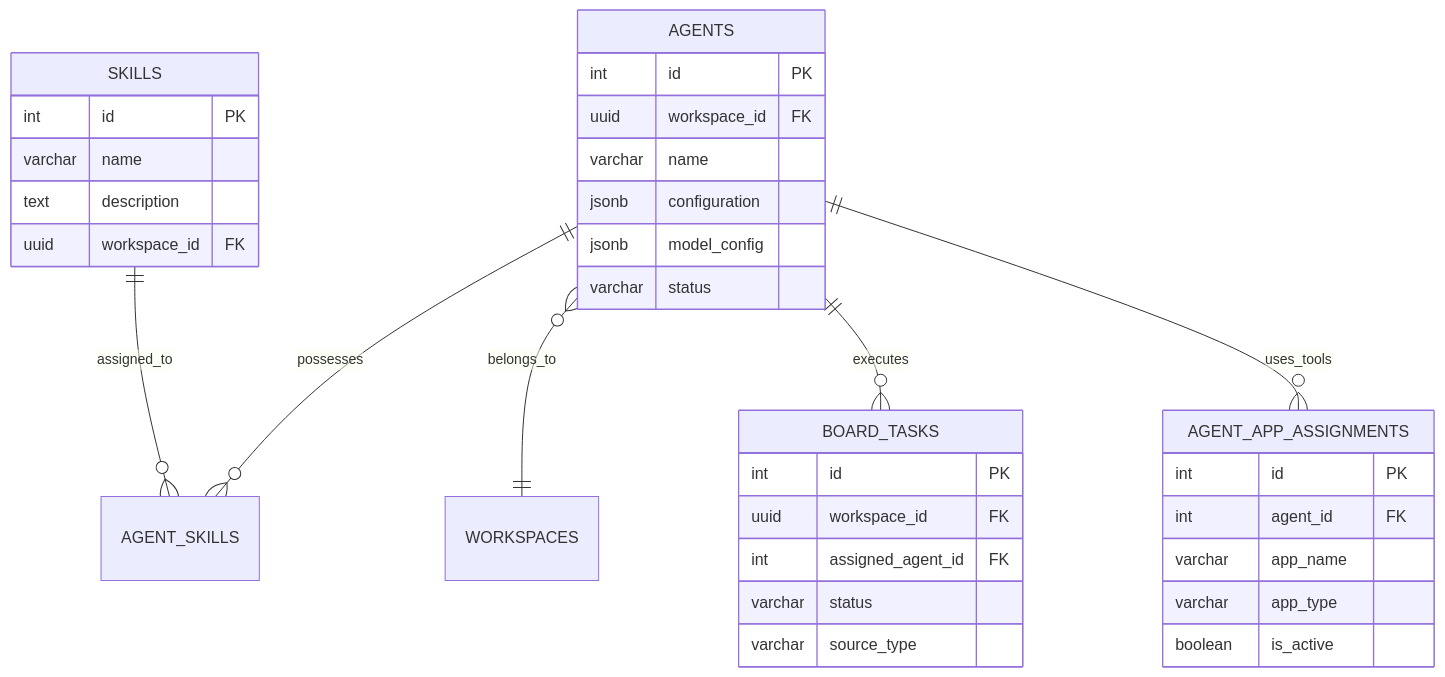
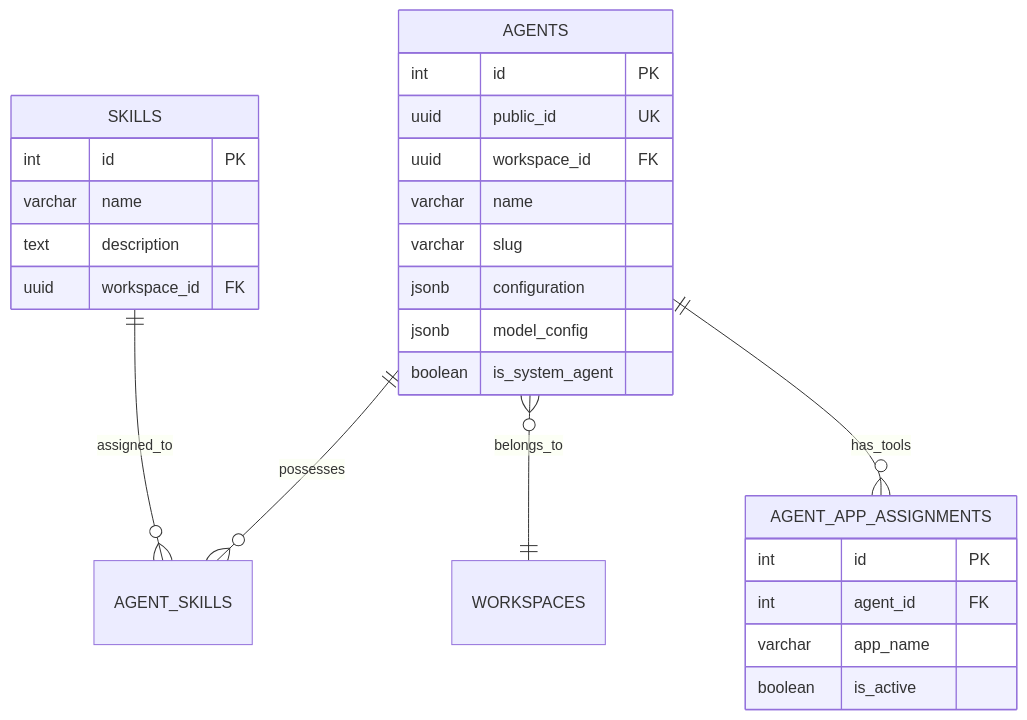
Before and after one commit to AutomatosAI/automatos-ai: the second of 3 diagrams in docs/backend-architecture/database-models.md, drawn with Mermaid. The commit also changed other lines of this file and 153 other files, not shown here.

````diff
--- a/docs/backend-architecture/database-models.md
+++ b/docs/backend-architecture/database-models.md
@@ -81,40 +96,32 @@
 ```mermaid
 erDiagram
     AGENTS ||--o{ AGENT_SKILLS : "possesses"
     SKILLS ||--o{ AGENT_SKILLS : "assigned_to"
     AGENTS }o--|| WORKSPACES : "belongs_to"
-    AGENTS ||--o{ BOARD_TASKS : "executes"
-    AGENTS ||--o{ AGENT_APP_ASSIGNMENTS : "uses_tools"
+    AGENTS ||--o{ AGENT_APP_ASSIGNMENTS : "has_tools"
     
     AGENTS {
         int id PK
+        uuid public_id UK
         uuid workspace_id FK
         varchar name
+        varchar slug
         jsonb configuration
         jsonb model_config
-        varchar status
+        boolean is_system_agent
     }
     
     SKILLS {
         int id PK
         varchar name
         text description
         uuid workspace_id FK
     }
     
-    BOARD_TASKS {
-        int id PK
-        uuid workspace_id FK
-        int assigned_agent_id FK
-        varchar status
-        varchar source_type
-    }
-
     AGENT_APP_ASSIGNMENTS {
         int id PK
         int agent_id FK
         varchar app_name
-        varchar app_type
         boolean is_active
     }
 ```
````
